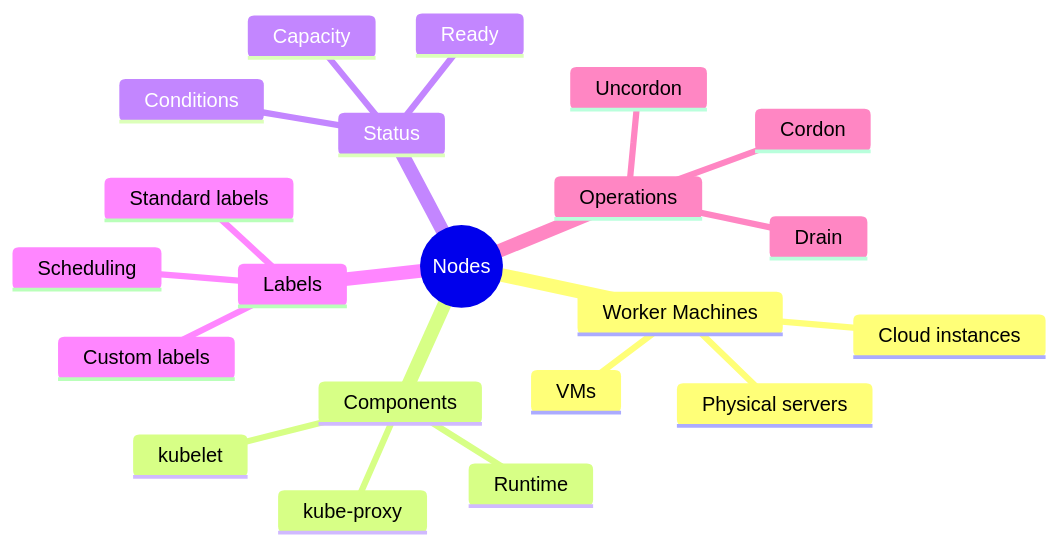
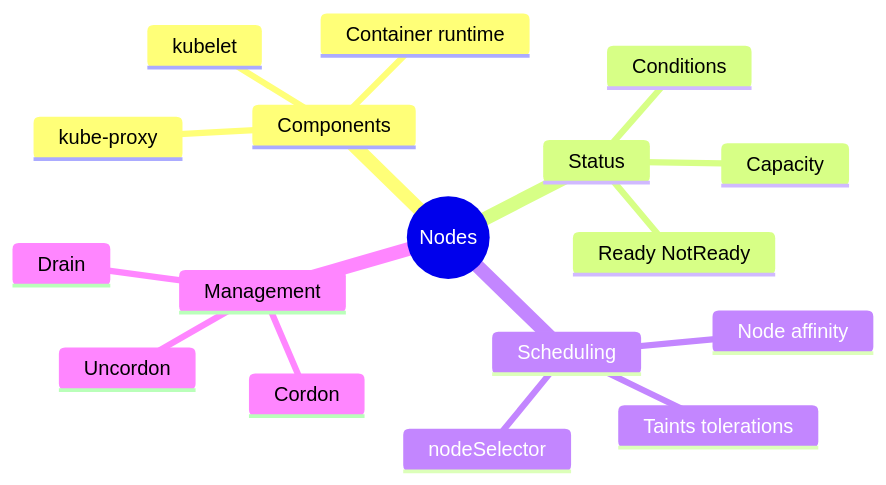
The eighth of 8 diagrams in slides/nodes/slides.md (courselabs/kubernetes), drawn with Mermaid before and after one commit. The commit also changed other lines of this file and 5 other files, not shown here.

````diff
--- a/slides/nodes/slides.md
+++ b/slides/nodes/slides.md
@@ -446,24 +454,20 @@
 ```mermaid
 mindmap
   root((Nodes))
-    Worker Machines
-      Physical servers
-      VMs
-      Cloud instances
     Components
       kubelet
-      Runtime
+      Container runtime
       kube-proxy
     Status
-      Ready
+      Ready NotReady
       Conditions
       Capacity
-    Labels
-      Standard labels
-      Custom labels
-      Scheduling
-    Operations
+    Scheduling
+      nodeSelector
+      Node affinity
+      Taints tolerations
+    Management
       Cordon
       Drain
       Uncordon
 ```
````
